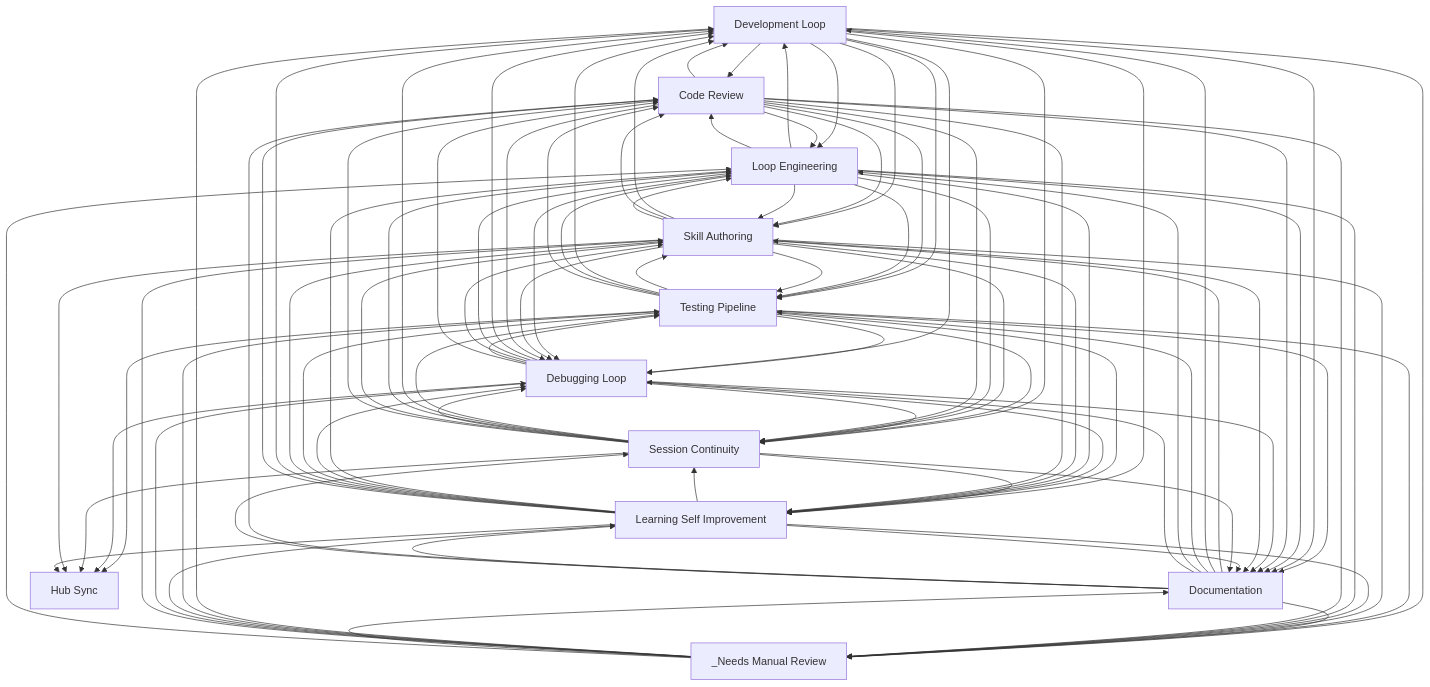
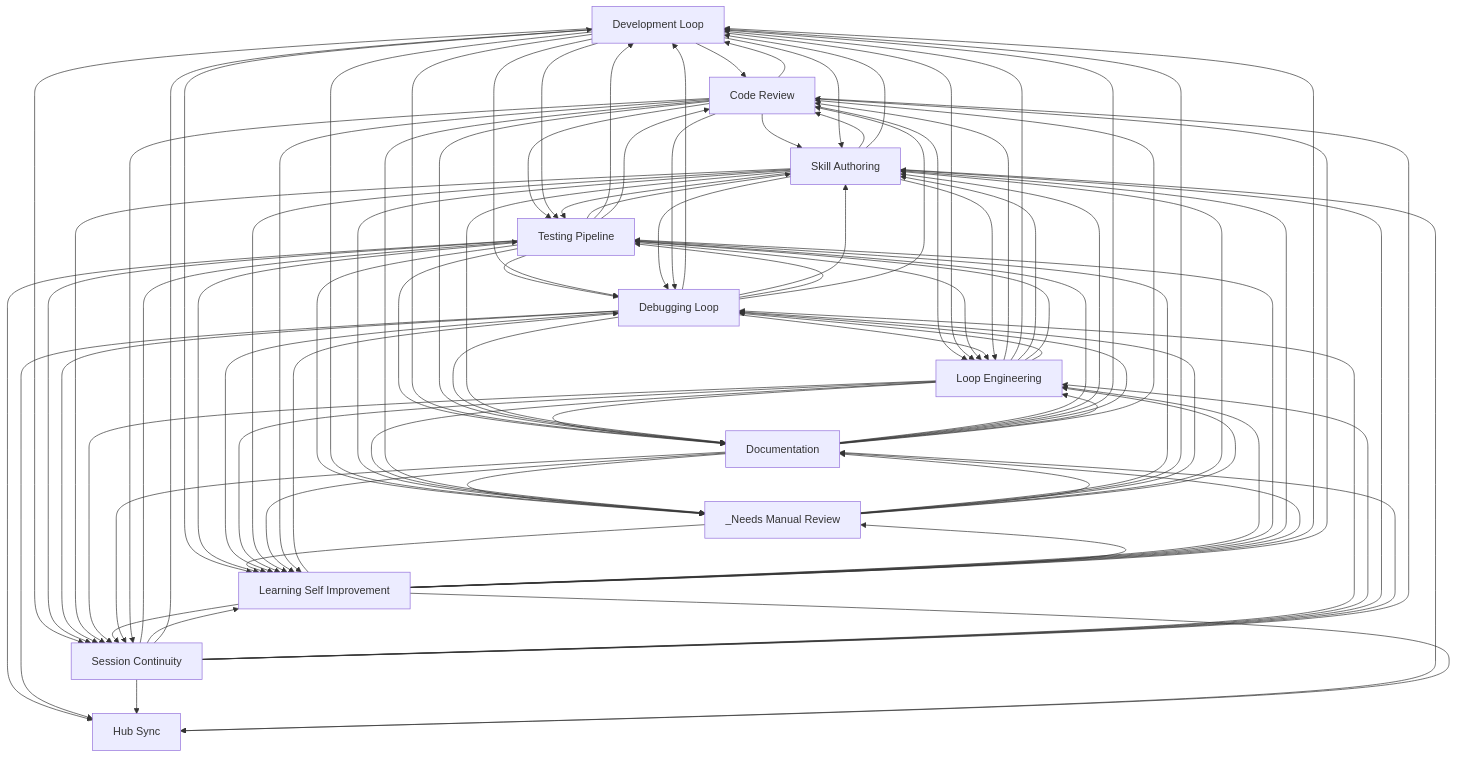
The diagram in docs/workflows/INDEX.md (abhayla/claude-best-practices), drawn with Mermaid before and after one commit. The commit also changed other lines of this file and 13 other files, not shown here.

````diff
--- a/docs/workflows/INDEX.md
+++ b/docs/workflows/INDEX.md
@@ -33,95 +33,95 @@
     documentation[Documentation]
     hub_sync[Hub Sync]
     _needs_manual_review[_Needs Manual Review]
-    development_loop --> code_review
-    development_loop --> loop_engineering
-    development_loop --> skill_authoring
-    development_loop --> testing_pipeline
-    code_review --> development_loop
-    code_review --> loop_engineering
-    code_review --> skill_authoring
-    code_review --> testing_pipeline
+    loop_engineering --> code_review
     loop_engineering --> development_loop
-    loop_engineering --> code_review
     loop_engineering --> skill_authoring
     loop_engineering --> testing_pipeline
+    code_review --> development_loop
+    code_review --> skill_authoring
+    code_review --> loop_engineering
+    code_review --> testing_pipeline
+    development_loop --> code_review
+    development_loop --> skill_authoring
+    development_loop --> loop_engineering
+    development_loop --> testing_pipeline
+    testing_pipeline --> skill_authoring
     skill_authoring --> testing_pipeline
-    testing_pipeline --> skill_authoring
     testing_pipeline --> development_loop
+    _needs_manual_review --> testing_pipeline
     _needs_manual_review --> development_loop
-    _needs_manual_review --> testing_pipeline
+    testing_pipeline --> debugging_loop
     testing_pipeline --> loop_engineering
-    testing_pipeline --> debugging_loop
+    testing_pipeline --> documentation
     testing_pipeline --> code_review
-    testing_pipeline --> documentation
     debugging_loop --> development_loop
+    debugging_loop --> skill_authoring
     debugging_loop --> loop_engineering
-    debugging_loop --> skill_authoring
     debugging_loop --> testing_pipeline
     development_loop --> debugging_loop
     development_loop --> documentation
     loop_engineering --> documentation
+    skill_authoring --> loop_engineering
+    skill_authoring --> code_review
     skill_authoring --> development_loop
-    skill_authoring --> code_review
-    skill_authoring --> loop_engineering
+    documentation --> testing_pipeline
     documentation --> skill_authoring
     documentation --> development_loop
-    documentation --> testing_pipeline
+    testing_pipeline --> _needs_manual_review
     development_loop --> _needs_manual_review
-    testing_pipeline --> _needs_manual_review
     code_review --> documentation
-    development_loop --> learning_self_improvement
-    development_loop --> session_continuity
     session_continuity --> testing_pipeline
     session_continuity --> learning_self_improvement
+    development_loop --> session_continuity
+    development_loop --> learning_self_improvement
     testing_pipeline --> learning_self_improvement
     _needs_manual_review --> learning_self_improvement
     loop_engineering --> debugging_loop
+    testing_pipeline --> session_continuity
     testing_pipeline --> hub_sync
-    testing_pipeline --> session_continuity
+    debugging_loop --> session_continuity
     debugging_loop --> hub_sync
-    debugging_loop --> session_continuity
+    debugging_loop --> documentation
     debugging_loop --> code_review
-    debugging_loop --> documentation
     session_continuity --> development_loop
+    session_continuity --> debugging_loop
     session_continuity --> loop_engineering
-    session_continuity --> debugging_loop
     skill_authoring --> session_continuity
     loop_engineering --> session_continuity
     skill_authoring --> debugging_loop
     _needs_manual_review --> debugging_loop
     debugging_loop --> learning_self_improvement
     skill_authoring --> documentation
+    _needs_manual_review --> documentation
     _needs_manual_review --> skill_authoring
-    _needs_manual_review --> documentation
     documentation --> _needs_manual_review
+    learning_self_improvement --> debugging_loop
     learning_self_improvement --> session_continuity
     learning_self_improvement --> loop_engineering
-    learning_self_improvement --> debugging_loop
     learning_self_improvement --> testing_pipeline
     learning_self_improvement --> skill_authoring
+    learning_self_improvement --> documentation
     learning_self_improvement --> development_loop
     learning_self_improvement --> code_review
-    learning_self_improvement --> documentation
     skill_authoring --> _needs_manual_review
     session_continuity --> skill_authoring
     session_continuity --> hub_sync
+    session_continuity --> documentation
     session_continuity --> code_review
-    session_continuity --> documentation
     learning_self_improvement --> _needs_manual_review
     skill_authoring --> hub_sync
     learning_self_improvement --> hub_sync
     _needs_manual_review --> loop_engineering
     loop_engineering --> learning_self_improvement
     loop_engineering --> _needs_manual_review
+    documentation --> debugging_loop
+    documentation --> loop_engineering
     code_review --> debugging_loop
-    documentation --> loop_engineering
-    documentation --> debugging_loop
     skill_authoring --> learning_self_improvement
     documentation --> code_review
+    documentation --> session_continuity
+    documentation --> learning_self_improvement
     code_review --> session_continuity
     code_review --> learning_self_improvement
-    documentation --> session_continuity
-    documentation --> learning_self_improvement
     code_review --> _needs_manual_review
 ```
````
